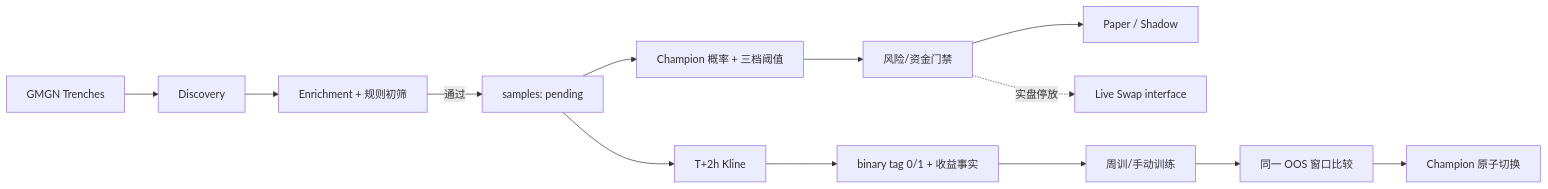
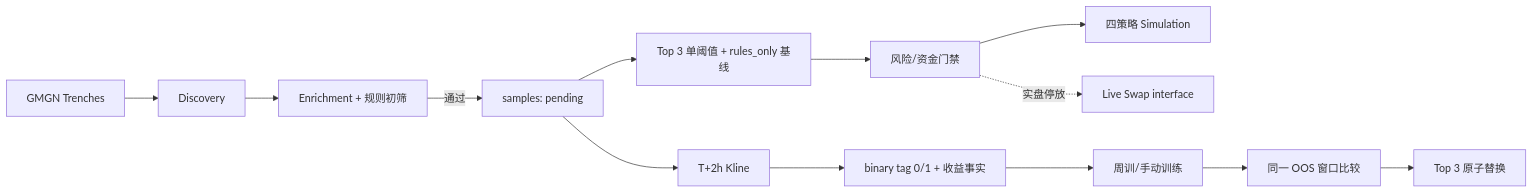
Before and after one commit to ShiningSugar35/meme: the diagram in 开发文档.md, drawn with Mermaid. The commit also changed other lines of this file and 41 other files, not shown here.

Commit message:
feat: rank top3 models and run four-strategy simulation

````diff
--- a/开发文档.md
+++ b/开发文档.md
@@ -82,15 +82,15 @@
 ```mermaid
 flowchart LR
     A["GMGN Trenches"] --> B["Discovery"]
     B --> C["Enrichment + 规则初筛"]
     C -->|通过| D["samples: pending"]
-    D --> E["Champion 概率 + 三档阈值"]
+    D --> E["Top 3 单阈值 + rules_only 基线"]
     E --> F["风险/资金门禁"]
-    F --> G["Paper / Shadow"]
+    F --> G["四策略 Simulation"]
     F -. 实盘停放 .-> H["Live Swap interface"]
     D --> I["T+2h Kline"]
     I --> J["binary tag 0/1 + 收益事实"]
     J --> K["周训/手动训练"]
     K --> L["同一 OOS 窗口比较"]
-    L --> M["Champion 原子切换"]
+    L --> M["Top 3 原子替换"]
 ```
````
